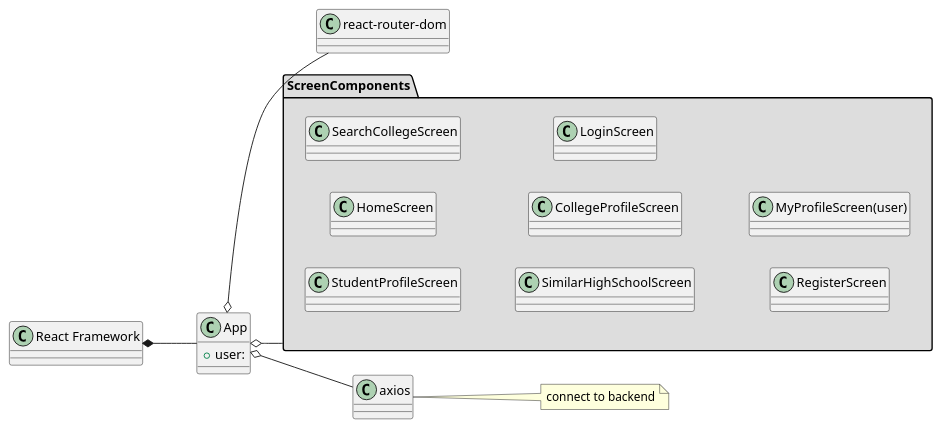
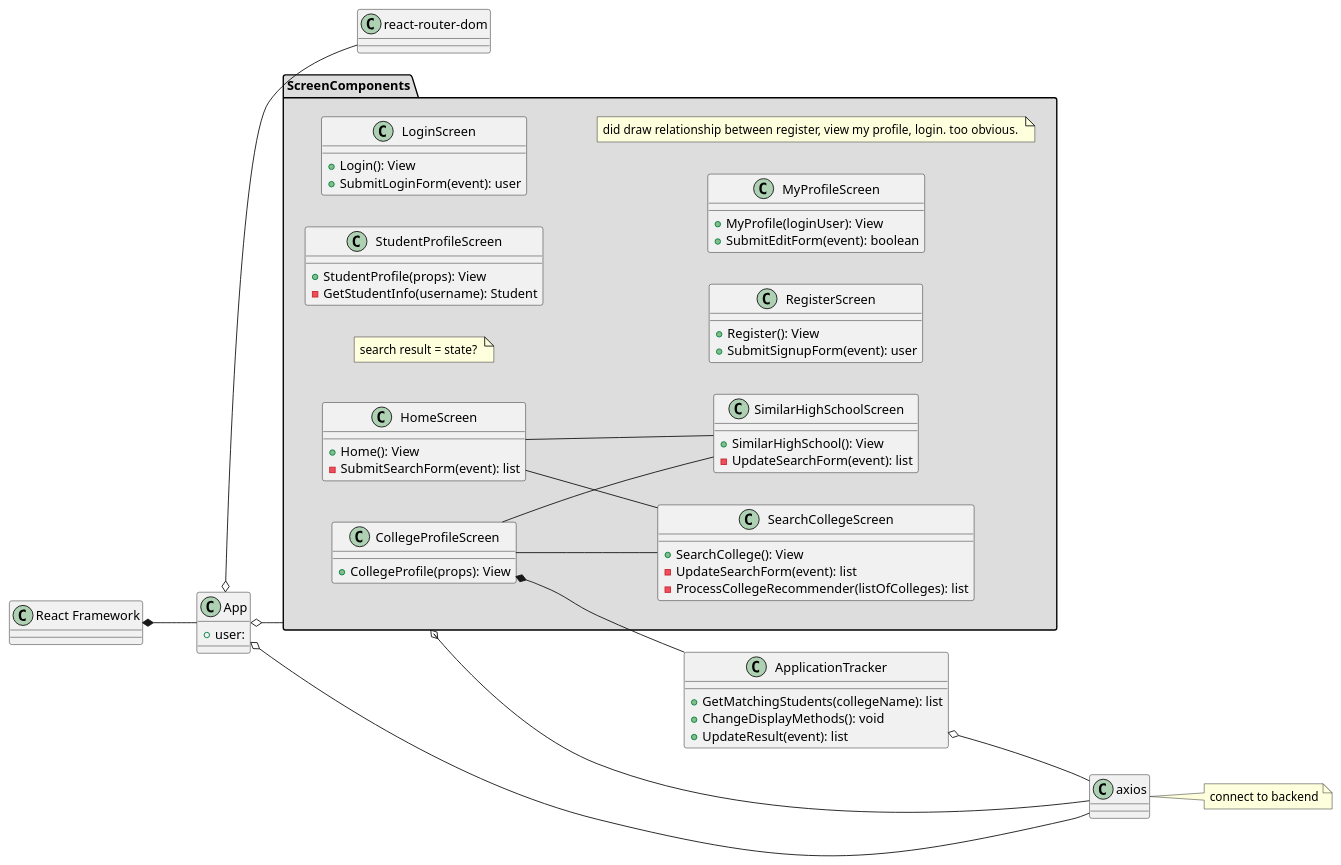
Before and after one commit to Omarfos/CSE416: the diagram in design/fronend_class.wsd, drawn with PlantUML. The commit also changed 3 other files, not shown here.

Commit message:
frontend class diagram (First dragt)

```diff
--- a/design/fronend_class.wsd
+++ b/design/fronend_class.wsd
@@ -1,35 +1,66 @@
 @startuml frontend
 left to right direction
 
 class App{
     +user:
 }
 class "React Framework"{
 }
 "React Framework" *-- App
 App o-- "react-router-dom"
 App o-- axios 
 note "connect to backend" as N1
 axios -- N1
 
 package ScreenComponents #DDDDDD {
-
+    note "search result = state? " as n2
+    class HomeScreen{
+        +Home(): View
+        -SubmitSearchForm(event): list
+    }
     class StudentProfileScreen{
-    }
-    class HomeScreen{
+        +StudentProfile(props): View
+        -GetStudentInfo(username): Student
     }
     class SearchCollegeScreen{
+        +SearchCollege(): View
+        -UpdateSearchForm(event): list
+        -ProcessCollegeRecommender(listOfColleges): list
     }
     class SimilarHighSchoolScreen{
+        +SimilarHighSchool(): View
+        -UpdateSearchForm(event): list
     }
     class CollegeProfileScreen{
+        +CollegeProfile(props): View
     }  
     class LoginScreen{
+        +Login(): View
+        +SubmitLoginForm(event): user
     } 
     class RegisterScreen{
+        +Register(): View
+        +SubmitSignupForm(event): user
     }
-    class MyProfileScreen(user){
+    class MyProfileScreen{
+        +MyProfile(loginUser): View
+        +SubmitEditForm(event): boolean
     }
+
+    note "did draw relationship between register, view my profile, login. too obvious. " as N3
+    HomeScreen -- SearchCollegeScreen
+    HomeScreen -- SimilarHighSchoolScreen
+    CollegeProfileScreen -- SearchCollegeScreen
+    CollegeProfileScreen -- SimilarHighSchoolScreen
 }
 App o-- ScreenComponents
+ScreenComponents o-- axios
+
+class ApplicationTracker{
+    +GetMatchingStudents(collegeName): list
+    +ChangeDisplayMethods(): void 
+    +UpdateResult(event): list
+}
+CollegeProfileScreen *-- ApplicationTracker
+ApplicationTracker o-- axios
 @enduml
```
